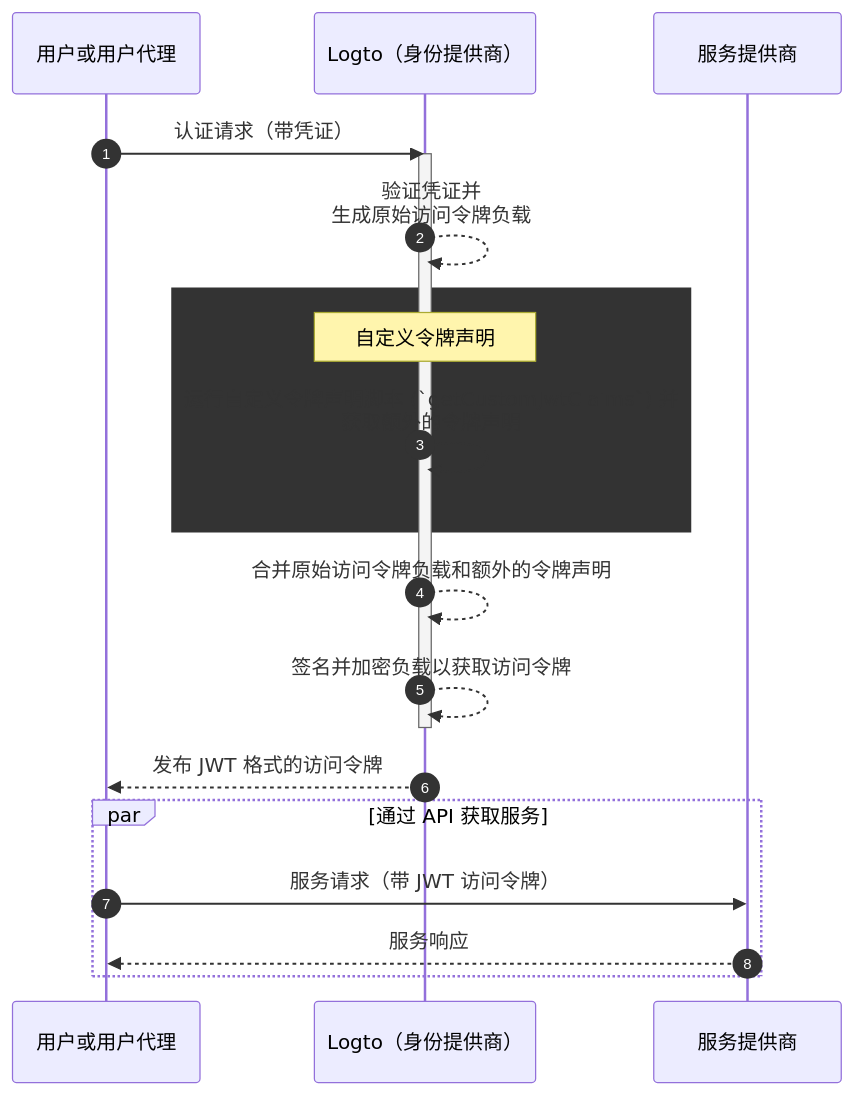
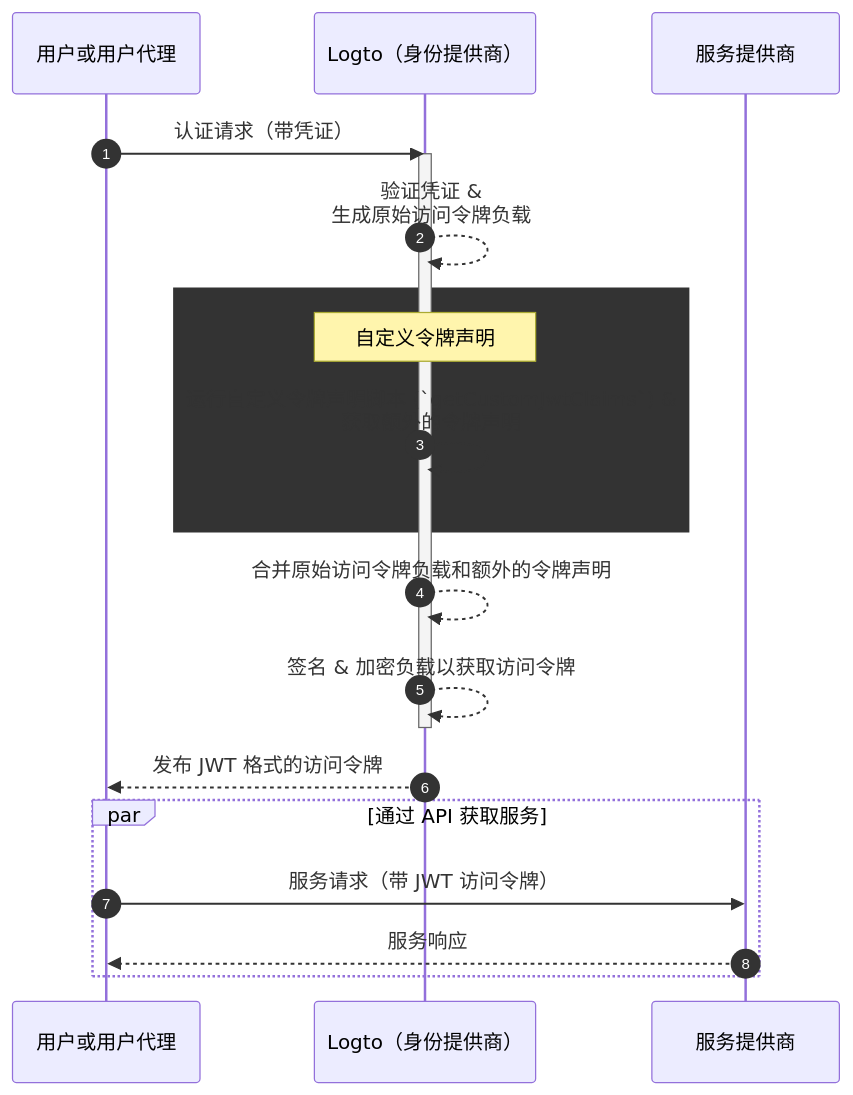
The diagram in i18n/zh-CN/docusaurus-plugin-content-docs/current/developers/custom-token-claims/README.mdx (logto-io/docs), drawn with Mermaid before and after one commit. The commit also changed other lines of this file and 234 other files, not shown here.

````diff
--- a/i18n/zh-CN/docusaurus-plugin-content-docs/current/developers/custom-token-claims/README.mdx
+++ b/i18n/zh-CN/docusaurus-plugin-content-docs/current/developers/custom-token-claims/README.mdx
@@ -24,23 +24,23 @@
 ```mermaid
 sequenceDiagram
   participant U as 用户或用户代理
   participant IdP as Logto（身份提供商）
   participant SP as 服务提供商
 
   autonumber
   U ->> IdP: 认证请求（带凭证）
   activate IdP
-  IdP-->>IdP: 验证凭证并<br/>生成原始访问令牌负载
+  IdP-->>IdP: 验证凭证 &<br/>生成原始访问令牌负载
   rect var(--mermaid-rect-fill)
   note over IdP: 自定义令牌声明
-  IdP->>IdP: 运行自定义令牌声明脚本 (`getCustomJwtClaims`) 并<br/>获取额外的令牌声明
+  IdP->>IdP: 运行自定义令牌声明脚本 (`getCustomJwtClaims`) &<br/>获取额外的令牌声明
   end
   IdP-->>IdP: 合并原始访问令牌负载和额外的令牌声明
-  IdP-->>IdP: 签名并加密负载以获取访问令牌
+  IdP-->>IdP: 签名 & 加密负载以获取访问令牌
   deactivate IdP
   IdP-->>U: 发布 JWT 格式的访问令牌
   par 通过 API 获取服务
   U->>SP: 服务请求（带 JWT 访问令牌）
   SP-->>U: 服务响应
   end
 ```
````
